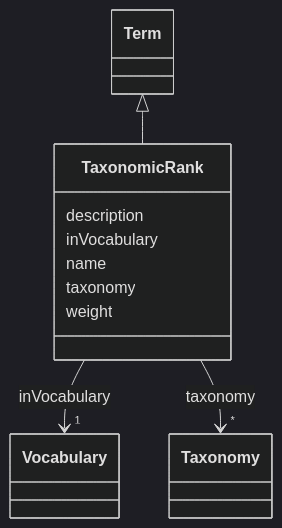
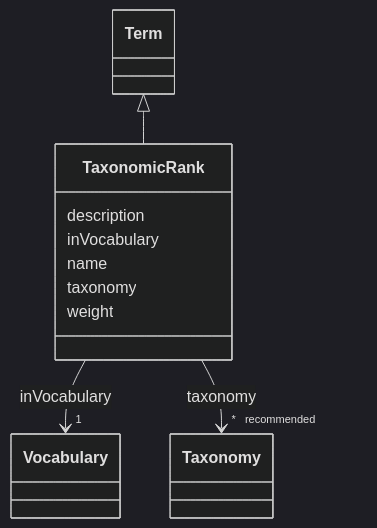
The diagram in models/docs/TaxonomicRank.md (EVORA-project/evora-ontology), drawn with Mermaid (dark theme) before and after one commit. The commit also changed other lines of this file and 354 other files, not shown here.

````diff
--- a/models/docs/TaxonomicRank.md
+++ b/models/docs/TaxonomicRank.md
@@ -19,33 +19,33 @@
 ```mermaid
  classDiagram
     class TaxonomicRank
     click TaxonomicRank href "../TaxonomicRank"
       Term <|-- TaxonomicRank
         click Term href "../Term"
       
       TaxonomicRank : description
         
       TaxonomicRank : inVocabulary
         
           
     
     
     TaxonomicRank --> "1" Vocabulary : inVocabulary
     click Vocabulary href "../Vocabulary"
 
         
       TaxonomicRank : name
         
       TaxonomicRank : taxonomy
         
           
     
     
-    TaxonomicRank --> "*" Taxonomy : taxonomy
+    TaxonomicRank --> "* _recommended_" Taxonomy : taxonomy
     click Taxonomy href "../Taxonomy"
 
         
       TaxonomicRank : weight
         
       
 ```
````
